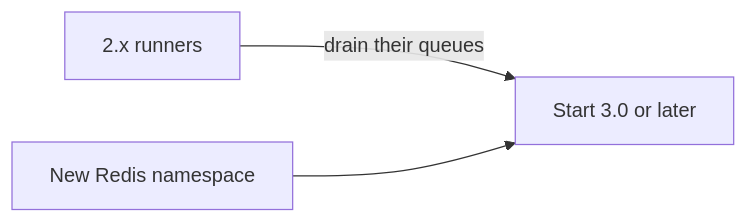
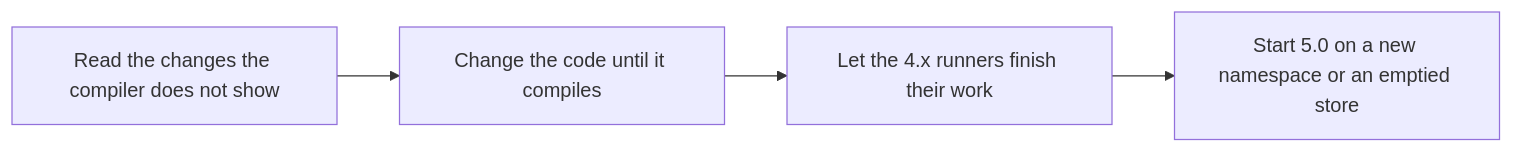
One commit to BonfireTrunk/bth4j changed the diagram in docs/upgrading.md. Above: the diagram before and after it, drawn with Mermaid. The commit also changed other lines of this file and 8 other files, not shown here.

````diff
--- a/docs/upgrading.md
+++ b/docs/upgrading.md
@@ -14,5 +22,6 @@
 ```mermaid
 flowchart LR
-    A["2.x runners"] -->|"drain their queues"| B["Start 3.0 or later"]
-    C["New Redis namespace"] --> B
+    A["Read the changes the compiler does not show"] --> B["Change the code until it compiles"]
+    B --> C["Let the 4.x runners finish their work"]
+    C --> D["Start 5.0 on a new namespace or an emptied store"]
 ```
````
